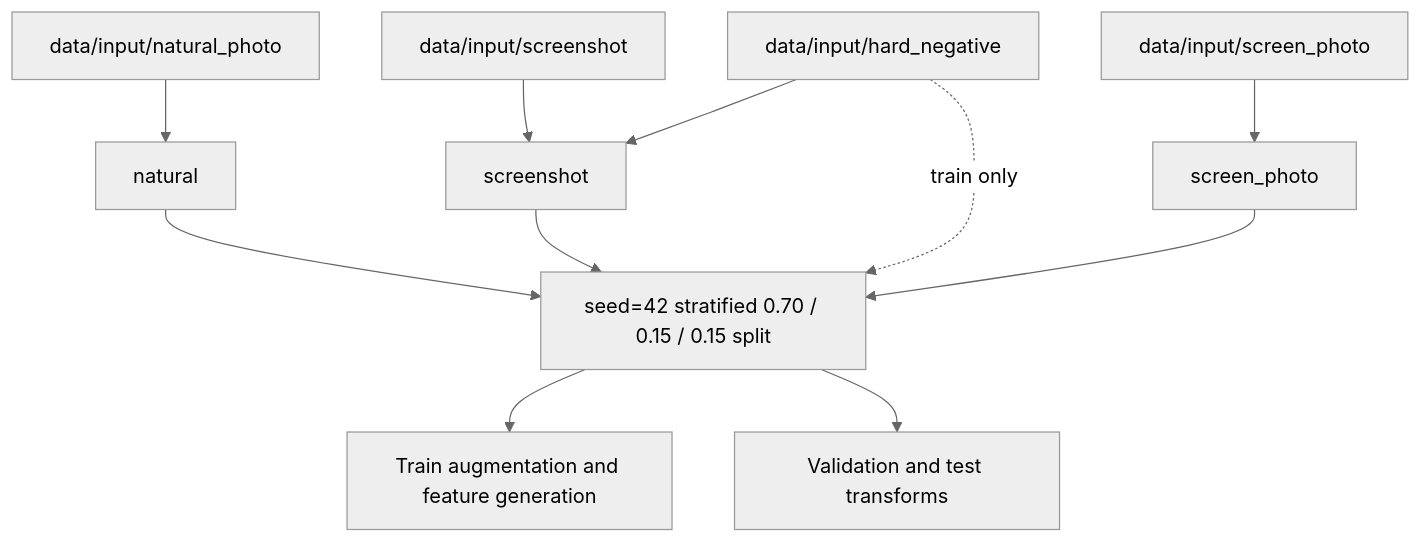
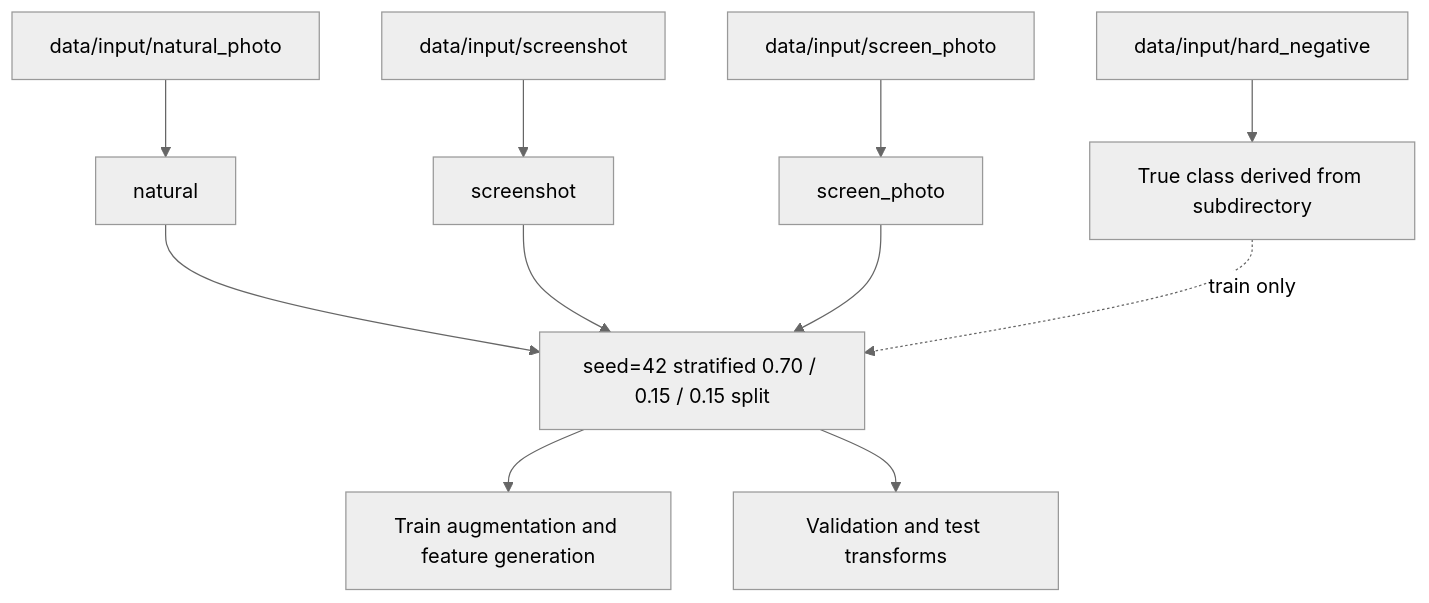
Before and after one commit to zgyj4532/opencv-screen-detector: the sixth of 8 diagrams in README.md, drawn with Mermaid (neutral theme). The commit also changed other lines of this file and 31 other files, not shown here.

````diff
--- a/README.md
+++ b/README.md
@@ -165,13 +165,13 @@
 ```mermaid
 flowchart TD
     N[data/input/natural_photo] --> Natural[natural]
     S[data/input/screenshot] --> Screenshot[screenshot]
-    H[data/input/hard_negative] --> Screenshot
+    H[data/input/hard_negative] --> HLabel[True class derived from subdirectory]
     P[data/input/screen_photo] --> Photo[screen_photo]
     Natural --> Split[seed=42 stratified 0.70 / 0.15 / 0.15 split]
     Screenshot --> Split
     Photo --> Split
-    H -.-> |train only| Split
+    HLabel -.-> |train only| Split
     Split --> Augment[Train augmentation and feature generation]
     Split --> Validate[Validation and test transforms]
 ```
````
